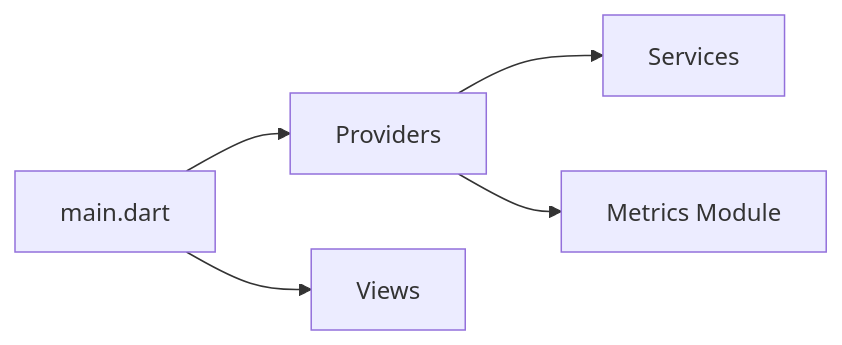
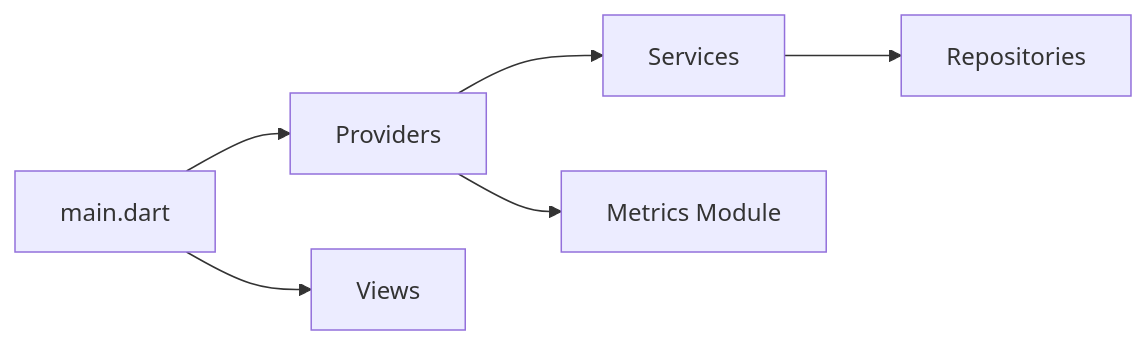
One commit to Elpidio-Julian/reel_ai changed the third of 3 diagrams in PROJECT_STRUCTURE.md. Above: the diagram before and after it, drawn with Mermaid. The commit also changed other lines of this file and 11 other files, not shown here.

````diff
--- a/PROJECT_STRUCTURE.md
+++ b/PROJECT_STRUCTURE.md
@@ -83,7 +92,8 @@
 ```mermaid
 flowchart LR
-    Main[main.dart] --> Providers[Providers]
-    Main --> Views[Views]
-    Providers --> Services[Services]
-    Providers --> Metrics[Metrics Module]
+    main["main.dart"] --> providers["Providers"]
+    main --> views["Views"]
+    providers --> services["Services"]
+    services --> repositories["Repositories"]
+    providers --> metrics["Metrics Module"]
 ```
````
